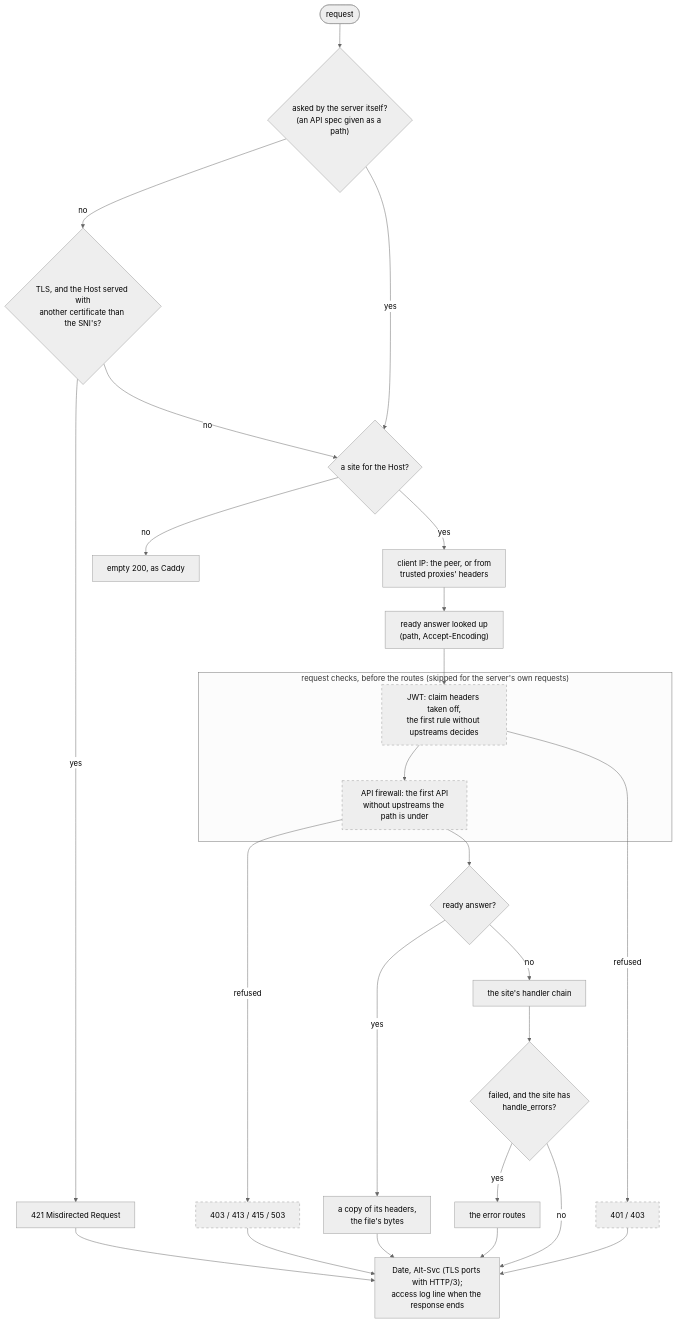
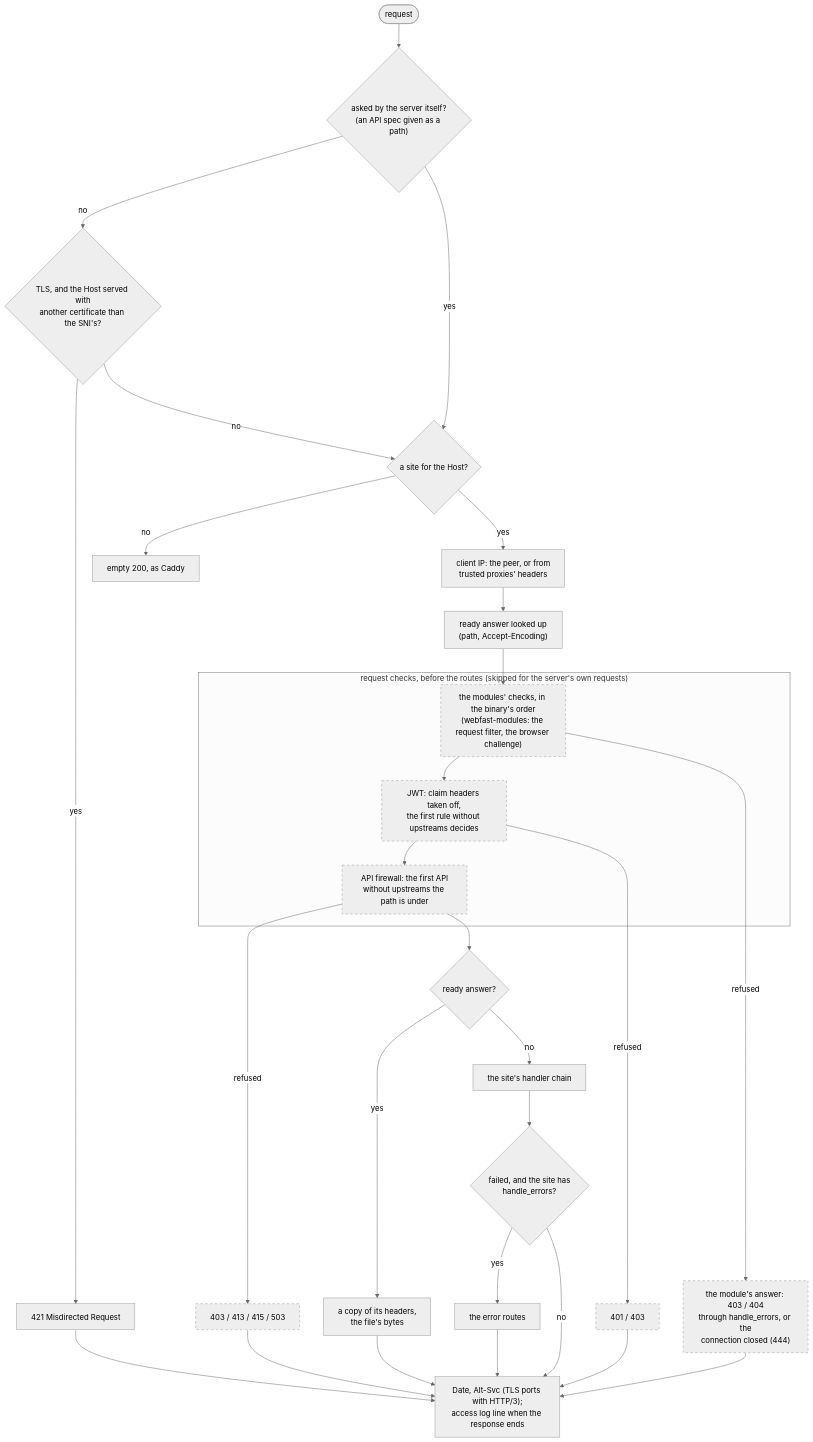
The second of 6 diagrams in docs/overview.md (ops-pro/webfast), drawn with Mermaid (neutral theme) before and after one commit. The commit also changed other lines of this file and 115 other files, not shown here.

````diff
--- a/docs/overview.md
+++ b/docs/overview.md
@@ -40,35 +40,38 @@
 ```mermaid
 flowchart TD
     start(["request"]) --> internal{"asked by the server itself?<br/>(an API spec given as a path)"}
     internal -- no --> misdirected{"TLS, and the Host served with<br/>another certificate than the SNI's?"}
     misdirected -- yes --> r421["421 Misdirected Request"]
     misdirected -- no --> site
     internal -- yes --> site
     site{"a site for the Host?"}
     site -- no --> empty["empty 200, as Caddy"]
     site -- yes --> ip["client IP: the peer, or from<br/>trusted proxies' headers"]
     ip --> ready["ready answer looked up<br/>(path, Accept-Encoding)"]
-    ready --> jwt
+    ready --> modules
     subgraph checks ["request checks, before the routes (skipped for the server's own requests)"]
+        modules["the modules' checks, in the binary's order<br/>(webfast-modules: the request filter, the browser challenge)"]
         jwt["JWT: claim headers taken off,<br/>the first rule without upstreams decides"]
         fw["API firewall: the first API<br/>without upstreams the path is under"]
-        jwt --> fw
+        modules --> jwt --> fw
     end
+    modules -- refused --> refusal0["the module's answer: 403 / 404<br/>through handle_errors, or the<br/>connection closed (444)"]
     jwt -- refused --> refusal["401 / 403"]
     fw -- refused --> refusal2["403 / 413 / 415 / 503"]
     fw --> which{"ready answer?"}
     which -- yes --> answer["a copy of its headers,<br/>the file's bytes"]
     which -- no --> chain["the site's handler chain"]
     chain --> failed{"failed, and the site has<br/>handle_errors?"}
     failed -- yes --> errors["the error routes"]
     failed -- no --> out
     errors --> out
     answer --> out
+    refusal0 --> out
     refusal --> out
     refusal2 --> out
     r421 --> out
     out["Date, Alt-Svc (TLS ports with HTTP/3);<br/>access log line when the response ends"]
 
     classDef feature stroke-dasharray: 5 5
-    class jwt,fw,refusal,refusal2 feature
+    class modules,jwt,fw,refusal0,refusal,refusal2 feature
 ```
````
